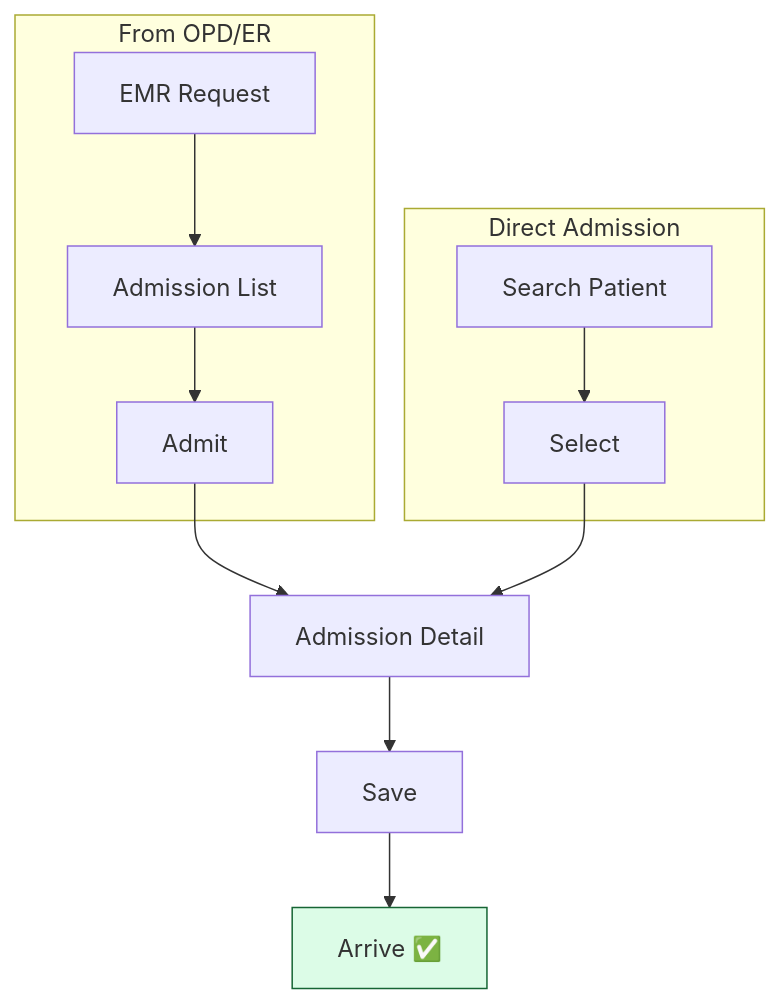
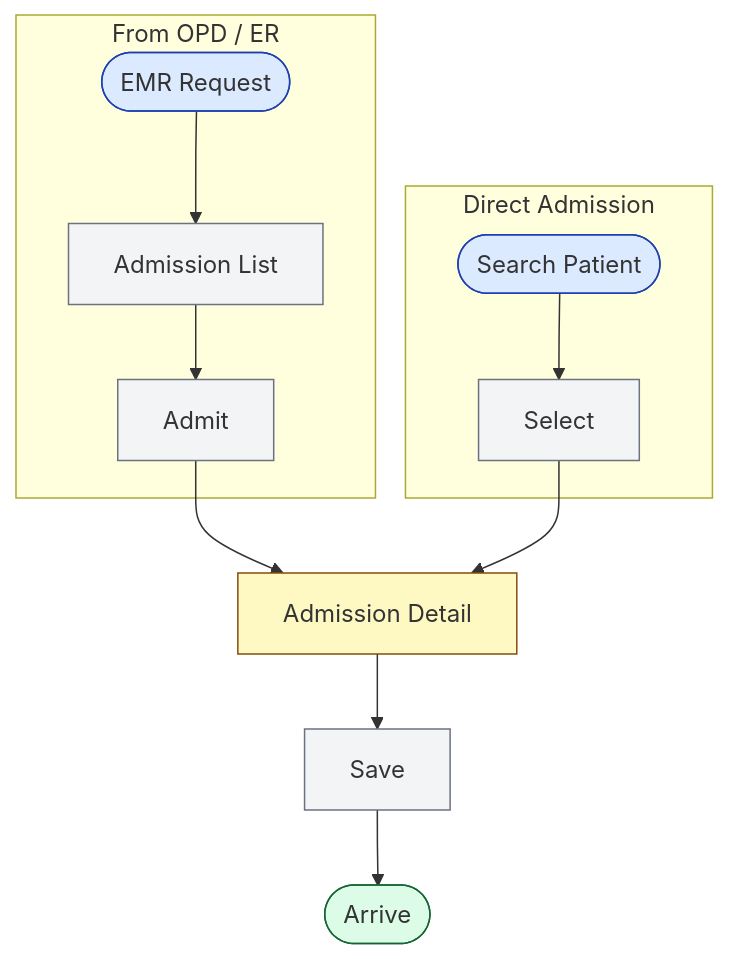
Before and after one commit to npnatt12/KMCH-HIS-Wiki: the diagram in public/charts/admission-workflow.mmd, drawn with Mermaid. The commit also changed 96 other files, not shown here.

First line of the commit message:
feat(portal): Phase 2 complete — cheat sheets, charts, and routes

```diff
--- a/public/charts/admission-workflow.mmd
+++ b/public/charts/admission-workflow.mmd
@@ -1,13 +1,20 @@
 graph TB
-  subgraph From_OPD_ER[From OPD/ER]
-    A1[EMR Request] --> A2[Admission List]
+  subgraph From_OPD_ER[From OPD / ER]
+    A1([EMR Request]) --> A2[Admission List]
     A2 --> A3[Admit]
   end
   subgraph Direct[Direct Admission]
-    B1[Search Patient] --> B2[Select]
+    B1([Search Patient]) --> B2[Select]
   end
   A3 --> C[Admission Detail]
   B2 --> C
   C --> D[Save]
-  D --> E[Arrive ✅]
+  D --> E([Arrive])
+  style A1 fill:#dbeafe,stroke:#1e40af
+  style B1 fill:#dbeafe,stroke:#1e40af
+  style A2 fill:#f3f4f6,stroke:#6b7280
+  style A3 fill:#f3f4f6,stroke:#6b7280
+  style B2 fill:#f3f4f6,stroke:#6b7280
+  style C fill:#fef9c3,stroke:#854d0e
+  style D fill:#f3f4f6,stroke:#6b7280
   style E fill:#dcfce7,stroke:#166534
```
